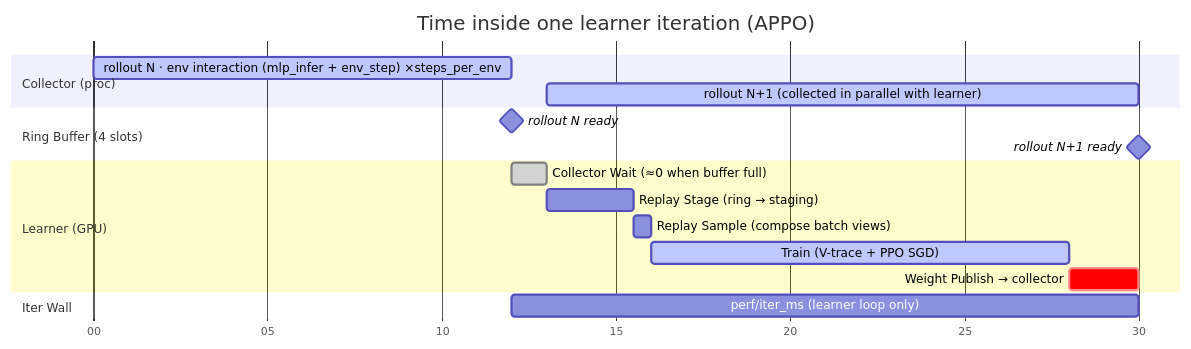
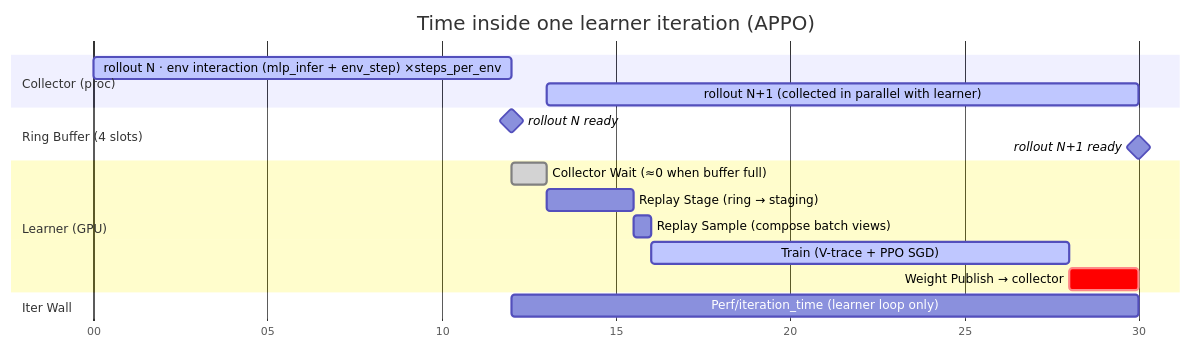
One commit to Motphys/UniLab changed the diagram in docs/sphinx/source/en/2-user_guide/2-algorithms/2-appo.md. Above: the diagram before and after it, drawn with Mermaid. The commit also changed other lines of this file and 10 other files, not shown here.

Commit message:
chore(logging): migrate off-policy metric consumers to unilab-rl 1.4.1 canonical schema

````diff
--- a/docs/sphinx/source/en/2-user_guide/2-algorithms/2-appo.md
+++ b/docs/sphinx/source/en/2-user_guide/2-algorithms/2-appo.md
@@ -41,24 +41,24 @@
 ```{mermaid}
 gantt
     title Time inside one learner iteration (APPO)
     dateFormat x
     axisFormat %S
 
     section Collector (proc)
     rollout N · env interaction (mlp_infer + env_step) ×steps_per_env :active, c0, 0, 12000
     rollout N+1 (collected in parallel with learner)                  :active, c1, 13000, 30000
 
     section Ring Buffer (4 slots)
     rollout N ready    :milestone, r0, 12000, 12000
     rollout N+1 ready  :milestone, r1, 30000, 30000
 
     section Learner (GPU)
     Collector Wait (≈0 when buffer full)  :done,   l0, 12000, 13000
     Replay Stage (ring → staging)         :        l1, 13000, 15500
     Replay Sample (compose batch views)   :        l2, 15500, 16000
     Train (V-trace + PPO SGD)             :active, l3, 16000, 28000
     Weight Publish → collector            :crit,   l4, 28000, 30000
 
     section Iter Wall
-    perf/iter_ms (learner loop only)      :        l5, 12000, 30000
+    Perf/iteration_time (learner loop only)  :        l5, 12000, 30000
 ```
````
